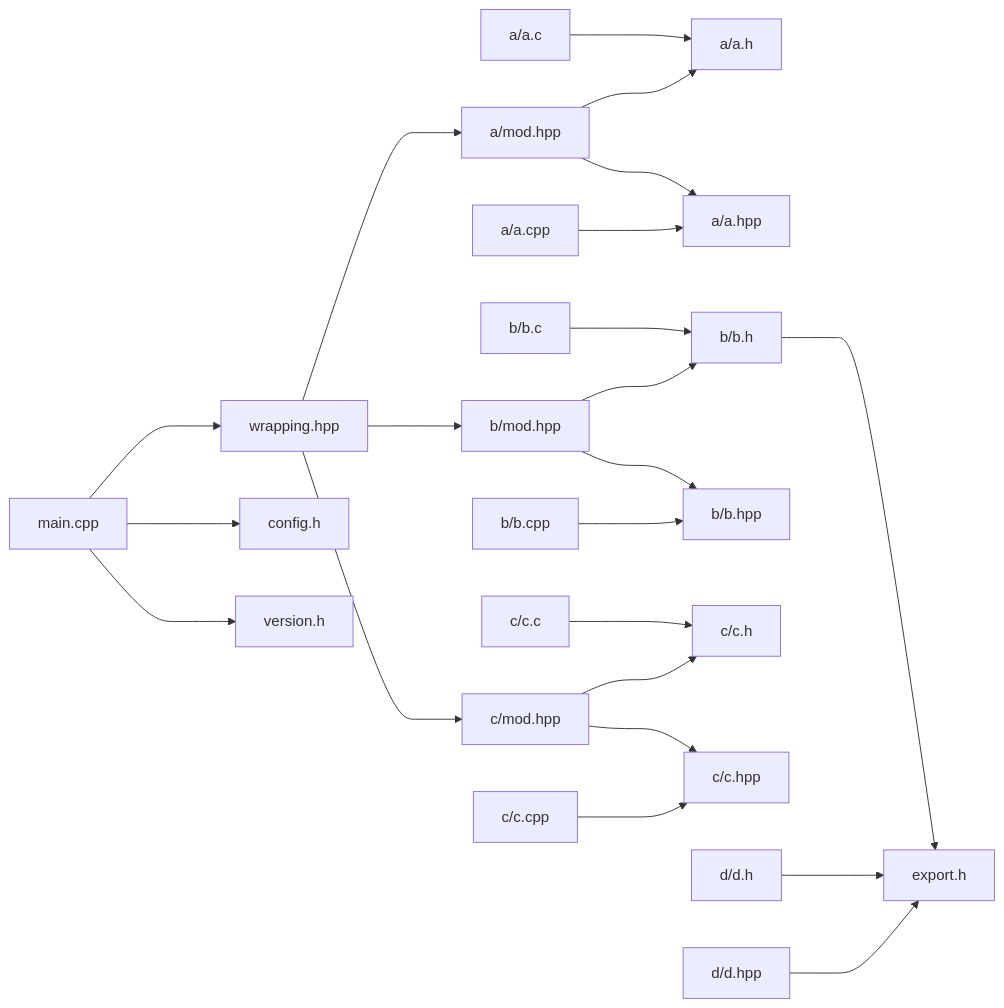
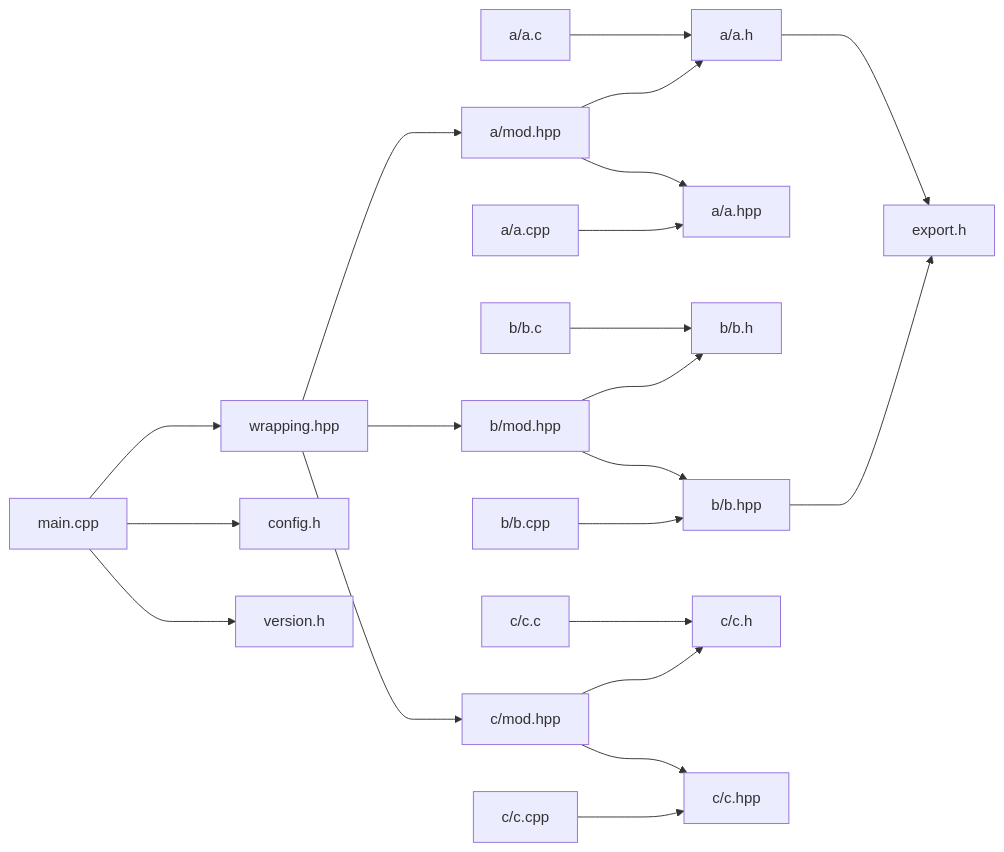
One commit to ascpkg/asc changed the diagram in test_c_cpp/flowchart.md. Above: the diagram before and after it, drawn with Mermaid. The commit also changed 6 other files, not shown here.

````diff
--- a/test_c_cpp/flowchart.md
+++ b/test_c_cpp/flowchart.md
@@ -1,24 +1,23 @@
 ```mermaid
 flowchart LR;
     a/a.c ---> a/a.h;
     a/mod.hpp ---> a/a.h;
     a/a.cpp ---> a/a.hpp;
     a/mod.hpp ---> a/a.hpp;
     wrapping.hpp ---> a/mod.hpp;
     b/b.c ---> b/b.h;
     b/mod.hpp ---> b/b.h;
     b/b.cpp ---> b/b.hpp;
     b/mod.hpp ---> b/b.hpp;
     wrapping.hpp ---> b/mod.hpp;
     c/c.c ---> c/c.h;
     c/mod.hpp ---> c/c.h;
     c/c.cpp ---> c/c.hpp;
     c/mod.hpp ---> c/c.hpp;
     wrapping.hpp ---> c/mod.hpp;
-    b/b.h ---> export.h;
-    d/d.h ---> export.h;
-    d/d.hpp ---> export.h;
+    a/a.h ---> export.h;
+    b/b.hpp ---> export.h;
     main.cpp ---> wrapping.hpp;
     main.cpp ---> config.h;
     main.cpp ---> version.h;
 ```
````
